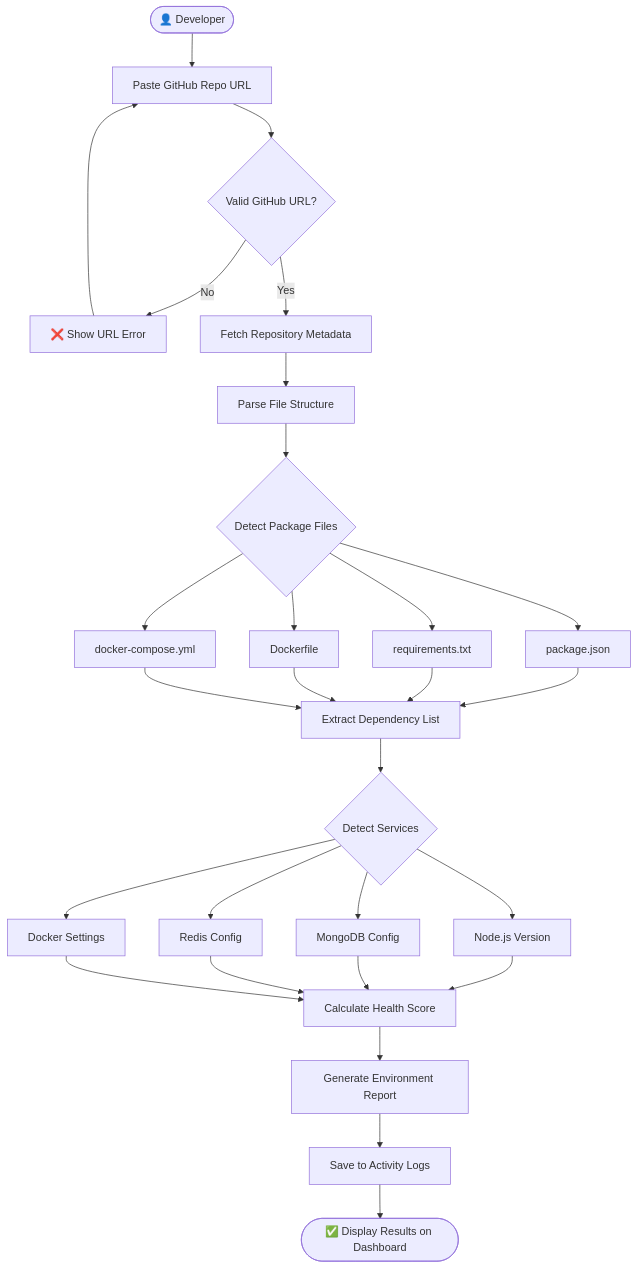
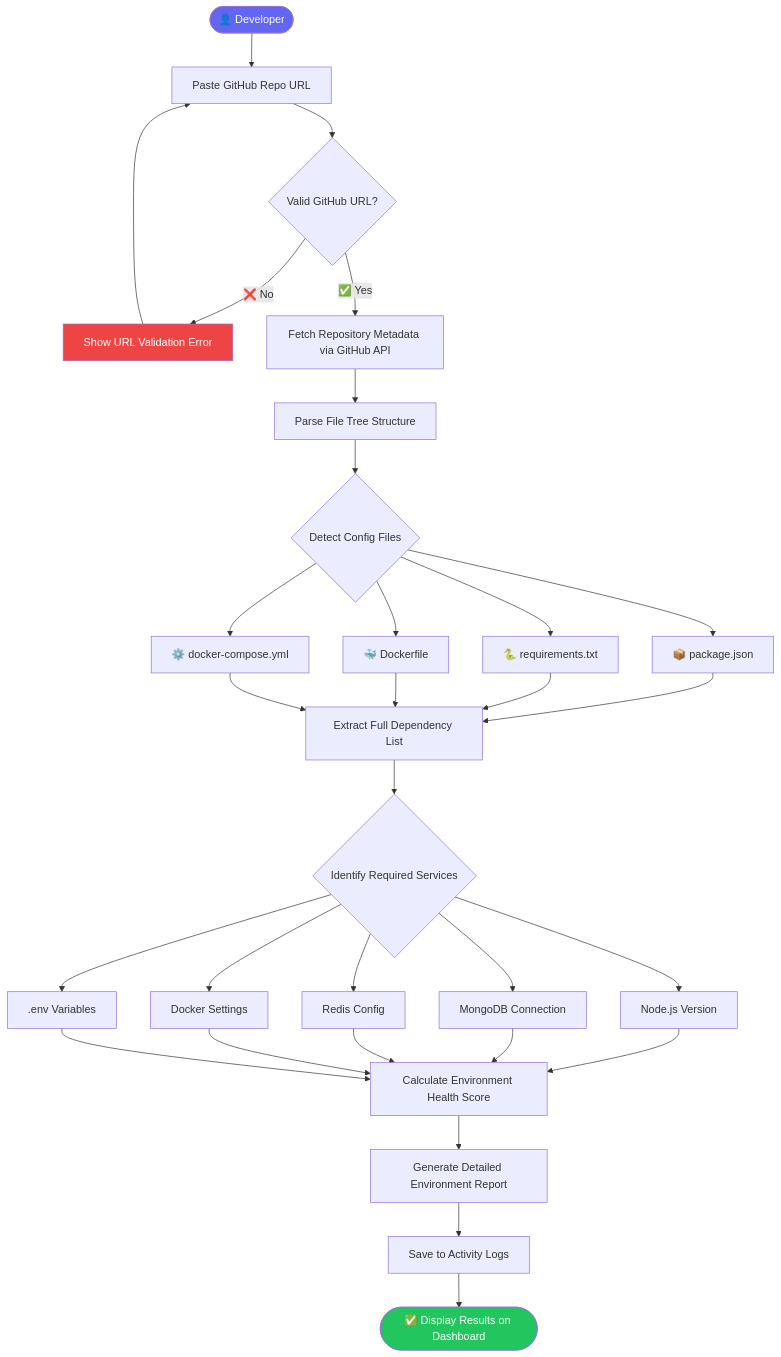
One commit to Akshatsrii/Auto-Environment-Sync-Platform changed the first of 5 diagrams in README.md. Above: the diagram before and after it, drawn with Mermaid. The commit also changed other lines of this file, not shown here.

````diff
--- a/README.md
+++ b/README.md
@@ -83,24 +193,29 @@
 ```mermaid
 flowchart TD
     A([👤 Developer]) --> B[Paste GitHub Repo URL]
     B --> C{Valid GitHub URL?}
-    C -- No --> D[❌ Show URL Error]
+    C -- ❌ No --> D[Show URL Validation Error]
     D --> B
-    C -- Yes --> E[Fetch Repository Metadata]
-    E --> F[Parse File Structure]
-    F --> G{Detect Package Files}
-    G --> G1[package.json]
-    G --> G2[requirements.txt]
-    G --> G3[Dockerfile]
-    G --> G4[docker-compose.yml]
-    G1 & G2 & G3 & G4 --> H[Extract Dependency List]
-    H --> I{Detect Services}
+    C -- ✅ Yes --> E[Fetch Repository Metadata via GitHub API]
+    E --> F[Parse File Tree Structure]
+    F --> G{Detect Config Files}
+    G --> G1[📦 package.json]
+    G --> G2[🐍 requirements.txt]
+    G --> G3[🐳 Dockerfile]
+    G --> G4[⚙️ docker-compose.yml]
+    G1 & G2 & G3 & G4 --> H[Extract Full Dependency List]
+    H --> I{Identify Required Services}
     I --> I1[Node.js Version]
-    I --> I2[MongoDB Config]
+    I --> I2[MongoDB Connection]
     I --> I3[Redis Config]
     I --> I4[Docker Settings]
-    I1 & I2 & I3 & I4 --> J[Calculate Health Score]
-    J --> K[Generate Environment Report]
+    I --> I5[.env Variables]
+    I1 & I2 & I3 & I4 & I5 --> J[Calculate Environment Health Score]
+    J --> K[Generate Detailed Environment Report]
     K --> L[Save to Activity Logs]
     L --> M([✅ Display Results on Dashboard])
+
+    style A fill:#6366f1,color:#fff
+    style M fill:#22c55e,color:#fff
+    style D fill:#ef4444,color:#fff
 ```
````
